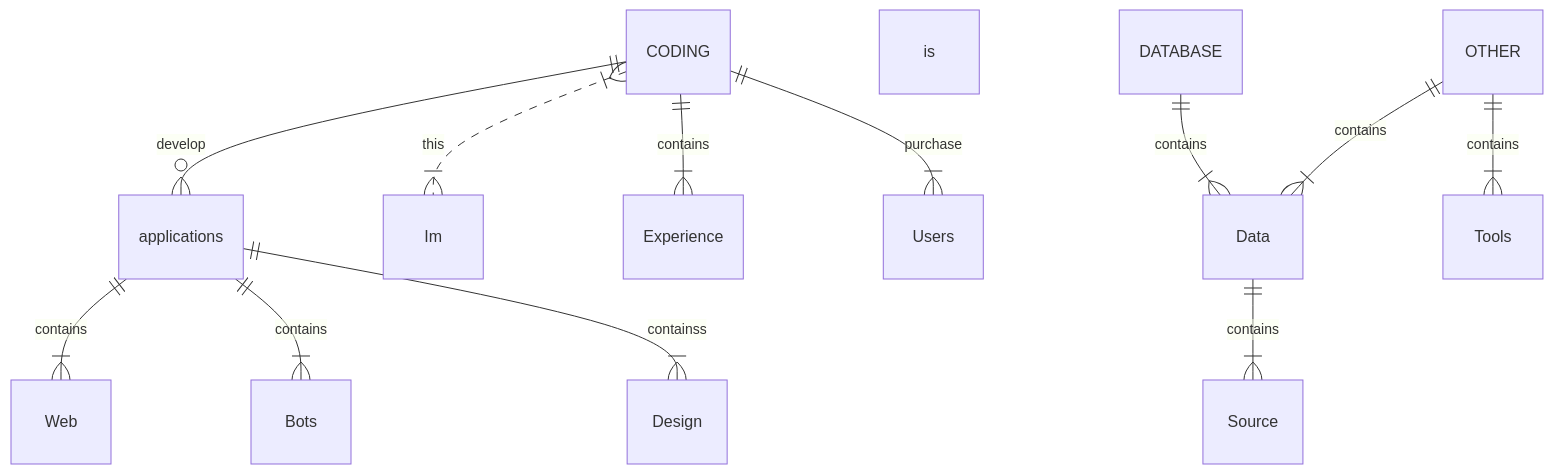
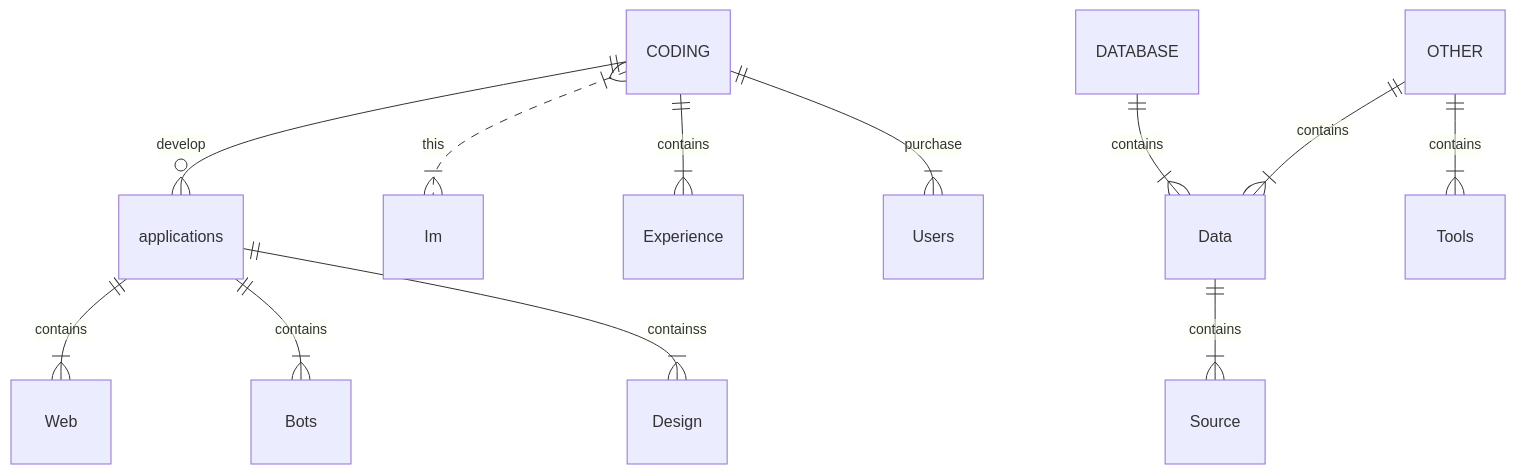
The diagram in README.md (Rebellionauroraapollonia/Rebellionauroraapollonia), drawn with Mermaid before and after one commit.

````diff
--- a/README.md
+++ b/README.md
@@ -29,14 +29,14 @@
 ```mermaid
 erDiagram
     CODING ||--o{ applications : develop
-    CODING }|..|{ Im : this is
+    CODING }|..|{ Im : this 
     CODING ||--|{ Experience : contains
     CODING ||--|{ Users : purchase
     DATABASE ||--|{ Data : contains
     OTHER ||--|{ Data : contains
     OTHER ||--|{ Tools : contains
     Data ||--|{ Source : contains
     applications ||--|{ Web : contains
     applications ||--|{ Bots : contains
     applications ||--|{ Design : containss
 ```
````
